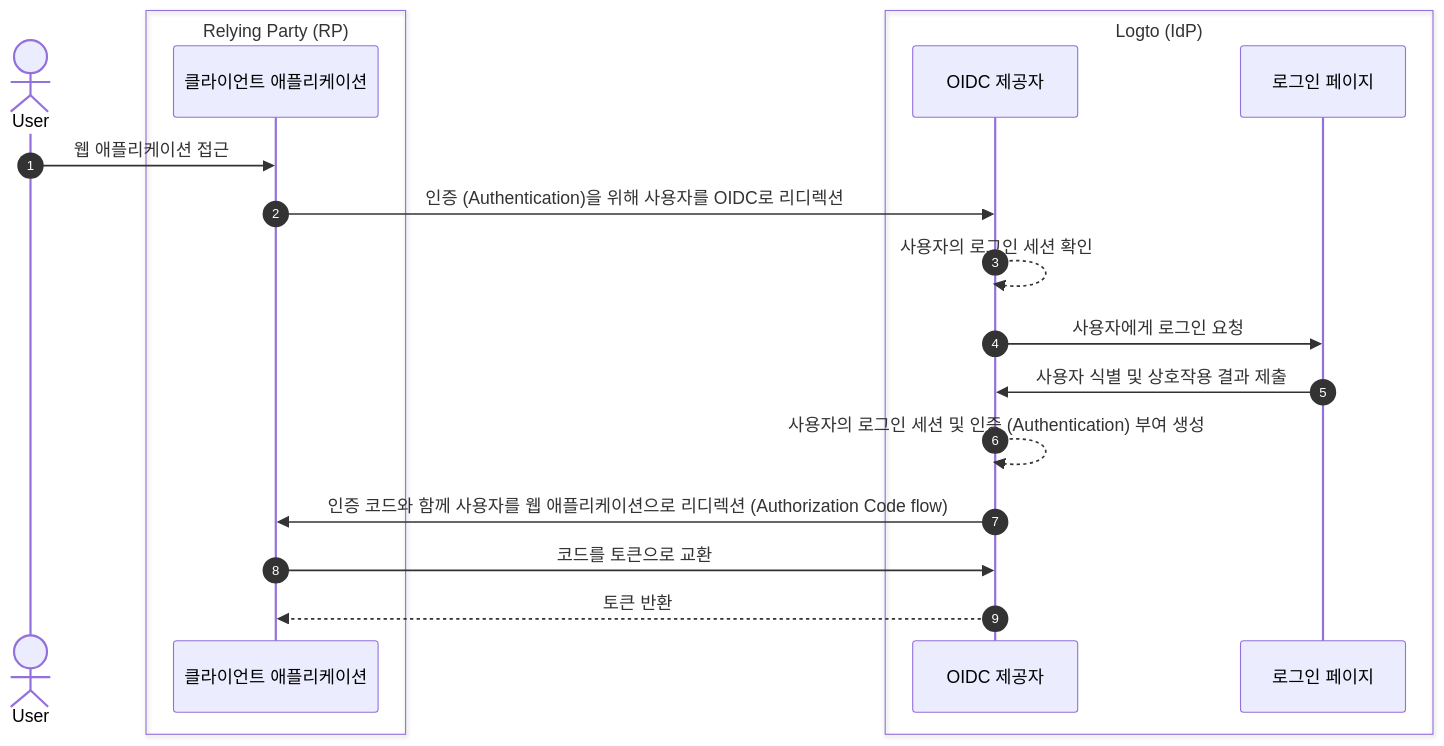
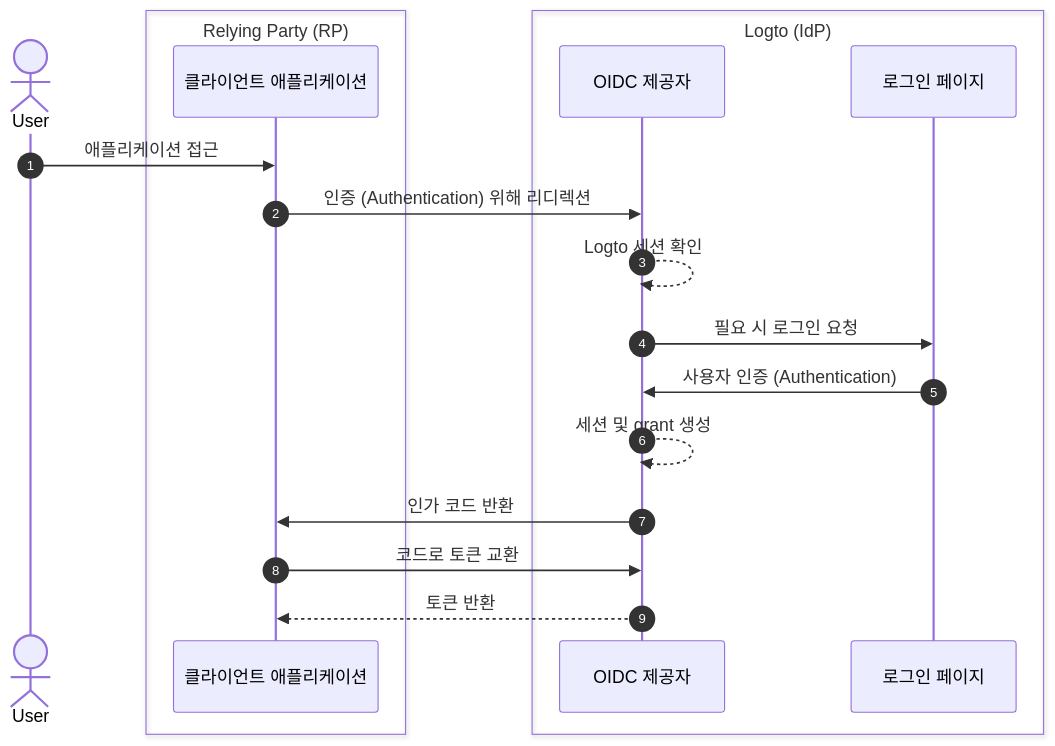
One commit to logto-io/docs changed the second of 5 diagrams in i18n/ko/docusaurus-plugin-content-docs/current/end-user-flows/sign-out.mdx. Above: the diagram before and after it, drawn with Mermaid. The commit also changed other lines of this file and 74 other files, not shown here.

````diff
--- a/i18n/ko/docusaurus-plugin-content-docs/current/end-user-flows/sign-out.mdx
+++ b/i18n/ko/docusaurus-plugin-content-docs/current/end-user-flows/sign-out.mdx
@@ -13,24 +62,24 @@
 ```mermaid
-  sequenceDiagram
-    autonumber
-    actor User
+sequenceDiagram
+  autonumber
+  actor User
 
-    box Relying Party (RP)
-      participant Client as 클라이언트 애플리케이션
-    end
+  box Relying Party (RP)
+    participant Client as 클라이언트 애플리케이션
+  end
 
-    box Logto (IdP)
-      participant OIDC as OIDC 제공자
-      participant SignIn as 로그인 페이지
-    end
+  box Logto (IdP)
+    participant OIDC as OIDC 제공자
+    participant SignIn as 로그인 페이지
+  end
 
-    User ->> Client: 웹 애플리케이션 접근
-    Client ->> OIDC: 인증 (Authentication)을 위해 사용자를 OIDC로 리디렉션
-    OIDC -->> OIDC: 사용자의 로그인 세션 확인
-    OIDC ->> SignIn: 사용자에게 로그인 요청
-    SignIn ->> OIDC: 사용자 식별 및 상호작용 결과 제출
-    OIDC -->> OIDC: 사용자의 로그인 세션 및 인증 (Authentication) 부여 생성
-    OIDC ->> Client: 인증 코드와 함께 사용자를 웹 애플리케이션으로 리디렉션 (Authorization Code flow)
-    Client ->> OIDC: 코드를 토큰으로 교환
-    OIDC -->> Client: 토큰 반환
+  User ->> Client: 애플리케이션 접근
+  Client ->> OIDC: 인증 (Authentication) 위해 리디렉션
+  OIDC -->> OIDC: Logto 세션 확인
+  OIDC ->> SignIn: 필요 시 로그인 요청
+  SignIn ->> OIDC: 사용자 인증 (Authentication)
+  OIDC -->> OIDC: 세션 및 grant 생성
+  OIDC ->> Client: 인가 코드 반환
+  Client ->> OIDC: 코드로 토큰 교환
+  OIDC -->> Client: 토큰 반환
 ```
````
